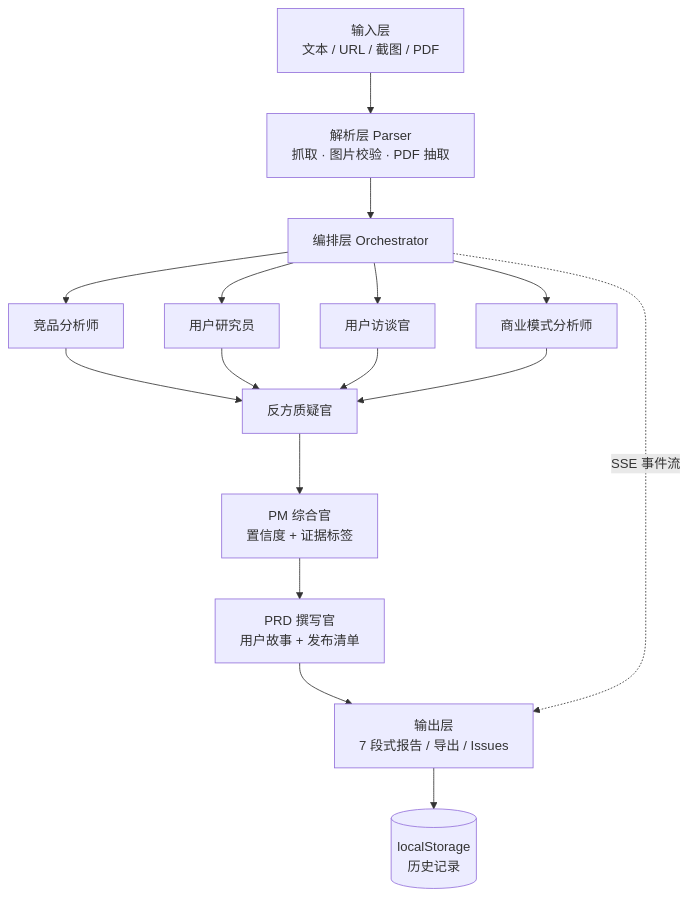
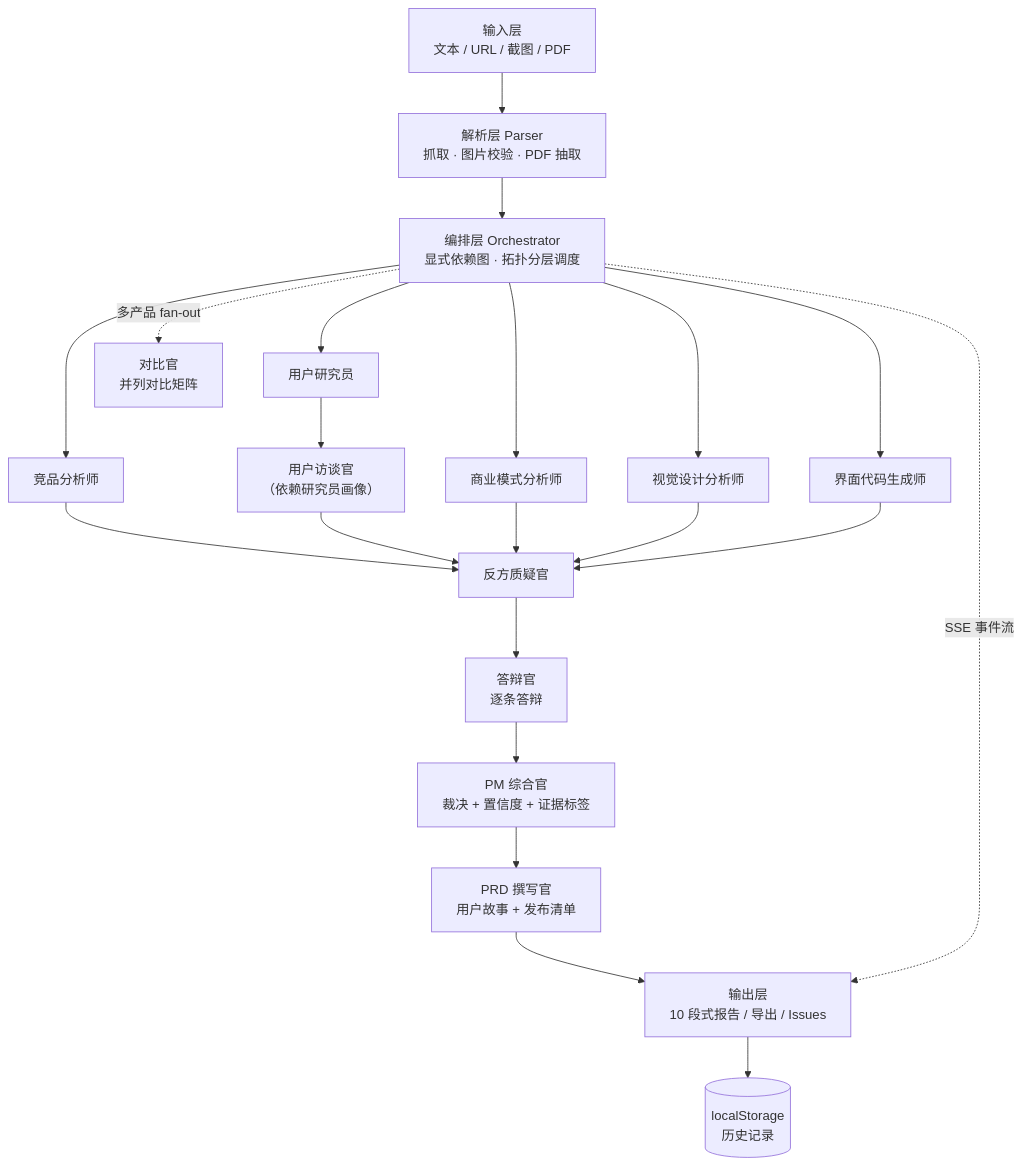
The diagram in README.md (parzival-ftk/key-ai-teardown), drawn with Mermaid before and after one commit. The commit also changed other lines of this file and 3 other files, not shown here.

````diff
--- a/README.md
+++ b/README.md
@@ -69,18 +77,23 @@
 ```mermaid
 flowchart TD
   A["输入层<br/>文本 / URL / 截图 / PDF"] --> B["解析层 Parser<br/>抓取 · 图片校验 · PDF 抽取"]
-  B --> C["编排层 Orchestrator"]
+  B --> C["编排层 Orchestrator<br/>显式依赖图 · 拓扑分层调度"]
   C --> D1["竞品分析师"]
   C --> D2["用户研究员"]
-  C --> D2b["用户访谈官"]
   C --> D3["商业模式分析师"]
+  C --> D4["视觉设计分析师"]
+  C --> D5["界面代码生成师"]
+  D2 --> D2b["用户访谈官<br/>（依赖研究员画像）"]
   D1 --> E["反方质疑官"]
-  D2 --> E
   D2b --> E
   D3 --> E
-  E --> F["PM 综合官<br/>置信度 + 证据标签"]
+  D4 --> E
+  D5 --> E
+  E --> E2["答辩官<br/>逐条答辩"]
+  E2 --> F["PM 综合官<br/>裁决 + 置信度 + 证据标签"]
   F --> G["PRD 撰写官<br/>用户故事 + 发布清单"]
-  G --> H["输出层<br/>7 段式报告 / 导出 / Issues"]
+  G --> H["输出层<br/>10 段式报告 / 导出 / Issues"]
   C -. "SSE 事件流" .-> H
   H --> J[("localStorage<br/>历史记录")]
+  C -. "多产品 fan-out" .-> K["对比官<br/>并列对比矩阵"]
 ```
````
